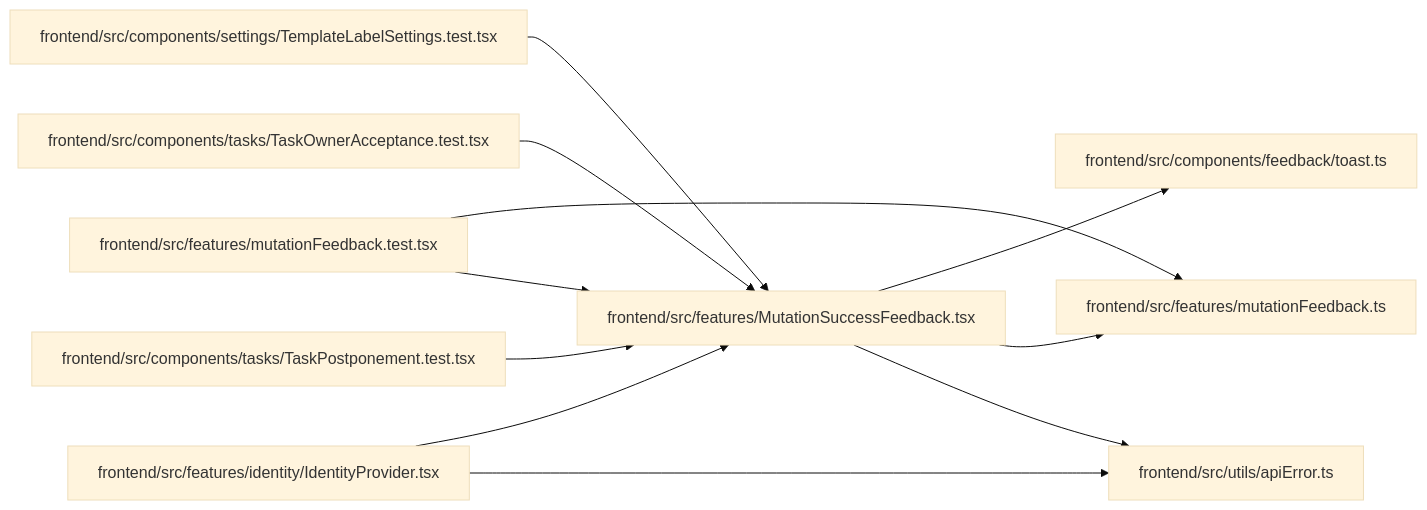
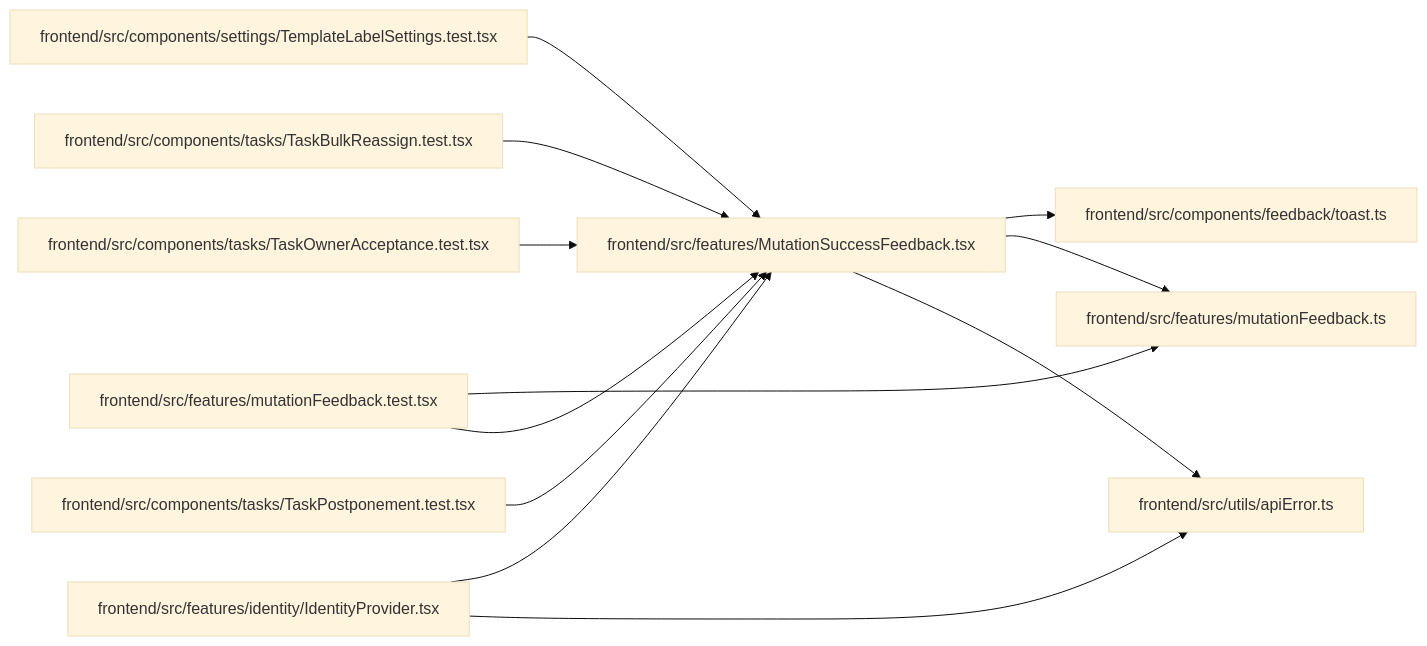
One commit to Denissvgn/WorkChord changed the diagram in docs/llm_wiki/modules/MutationSuccessFeedback.md. Above: the diagram before and after it, drawn with Mermaid (base theme). The commit also changed other lines of this file and 728 other files, not shown here.

Commit message:
Sync the architectural wiki for the reassign reviewer warning

````diff
--- a/docs/llm_wiki/modules/MutationSuccessFeedback.md
+++ b/docs/llm_wiki/modules/MutationSuccessFeedback.md
@@ -32,31 +32,34 @@
 ```mermaid
 flowchart LR
     n0["frontend/src/components/feedback/toast.ts"]
     n1["frontend/src/components/settings/TemplateLabelSettings.test.tsx"]
-    n2["frontend/src/components/tasks/TaskOwnerAcceptance.test.tsx"]
-    n3["frontend/src/components/tasks/TaskPostponement.test.tsx"]
-    n4["frontend/src/features/identity/IdentityProvider.tsx"]
-    n5["frontend/src/features/mutationFeedback.test.tsx"]
-    n6["frontend/src/features/mutationFeedback.ts"]
-    n7["frontend/src/features/MutationSuccessFeedback.tsx"]
-    n8["frontend/src/utils/apiError.ts"]
-    n1 --> n7
-    n2 --> n7
-    n3 --> n7
-    n4 --> n7
+    n2["frontend/src/components/tasks/TaskBulkReassign.test.tsx"]
+    n3["frontend/src/components/tasks/TaskOwnerAcceptance.test.tsx"]
+    n4["frontend/src/components/tasks/TaskPostponement.test.tsx"]
+    n5["frontend/src/features/identity/IdentityProvider.tsx"]
+    n6["frontend/src/features/mutationFeedback.test.tsx"]
+    n7["frontend/src/features/mutationFeedback.ts"]
+    n8["frontend/src/features/MutationSuccessFeedback.tsx"]
+    n9["frontend/src/utils/apiError.ts"]
+    n1 --> n8
+    n2 --> n8
+    n3 --> n8
     n4 --> n8
-    n5 --> n6
-    n5 --> n7
-    n7 --> n0
-    n7 --> n6
-    n7 --> n8
+    n5 --> n8
+    n5 --> n9
+    n6 --> n7
+    n6 --> n8
+    n8 --> n0
+    n8 --> n7
+    n8 --> n9
     click n0 "../modules/toast.md"
     click n1 "../modules/TemplateLabelSettings.test.md"
-    click n2 "../modules/TaskOwnerAcceptance.test.md"
-    click n3 "../modules/TaskPostponement.test.md"
-    click n4 "../modules/IdentityProvider.md"
-    click n5 "../modules/mutationFeedback.test.md"
-    click n6 "../modules/mutationFeedback.md"
-    click n7 "../modules/MutationSuccessFeedback.md"
-    click n8 "../modules/apiError.md"
+    click n2 "../modules/TaskBulkReassign.test.md"
+    click n3 "../modules/TaskOwnerAcceptance.test.md"
+    click n4 "../modules/TaskPostponement.test.md"
+    click n5 "../modules/IdentityProvider.md"
+    click n6 "../modules/mutationFeedback.test.md"
+    click n7 "../modules/mutationFeedback.md"
+    click n8 "../modules/MutationSuccessFeedback.md"
+    click n9 "../modules/apiError.md"
 ```
````
